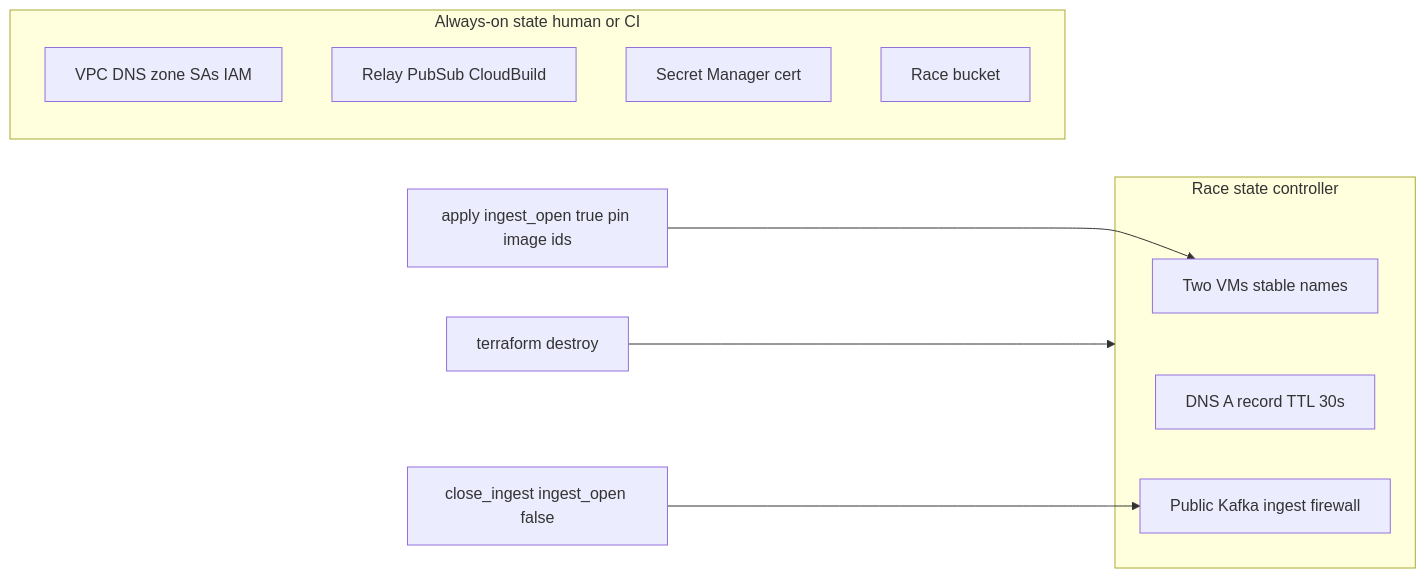
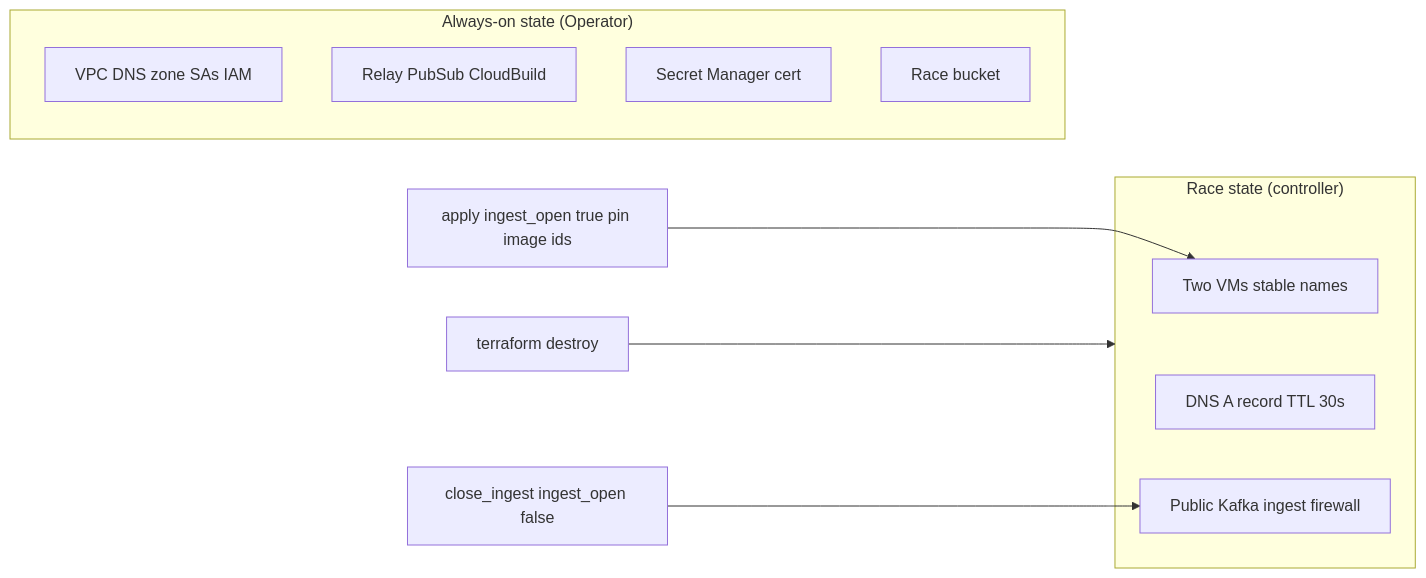
One commit to ChronoRacer/chronoracer changed the diagram in docs/component-terraform.md. Above: the diagram before and after it, drawn with Mermaid. The commit also changed other lines of this file and 60 other files, not shown here.

````diff
--- a/docs/component-terraform.md
+++ b/docs/component-terraform.md
@@ -162,20 +221,20 @@
 ```mermaid
 flowchart LR
-  subgraph alwaysOn [Always-on state human or CI]
-    VPC[VPC DNS zone SAs IAM]
-    Relay[Relay PubSub CloudBuild]
-    SM[Secret Manager cert]
-    Bucket[Race bucket]
-  end
-  subgraph raceState [Race state controller]
-    VMs[Two VMs stable names]
-    ARec[DNS A record TTL 30s]
-    Fw[Public Kafka ingest firewall]
-  end
-  apply[apply ingest_open true pin image ids]
-  close[close_ingest ingest_open false]
-  destroy[terraform destroy]
-  apply --> VMs
-  close --> Fw
-  destroy --> raceState
+    subgraph alwaysOn ["Always-on state (Operator)"]
+        VPC[VPC DNS zone SAs IAM]
+        Relay[Relay PubSub CloudBuild]
+        SM[Secret Manager cert]
+        Bucket[Race bucket]
+    end
+    subgraph raceState ["Race state (controller)"]
+        VMs[Two VMs stable names]
+        ARec[DNS A record TTL 30s]
+        Fw[Public Kafka ingest firewall]
+    end
+    apply[apply ingest_open true pin image ids]
+    close[close_ingest ingest_open false]
+    destroy[terraform destroy]
+    apply --> VMs
+    close --> Fw
+    destroy --> raceState
 ```
````
